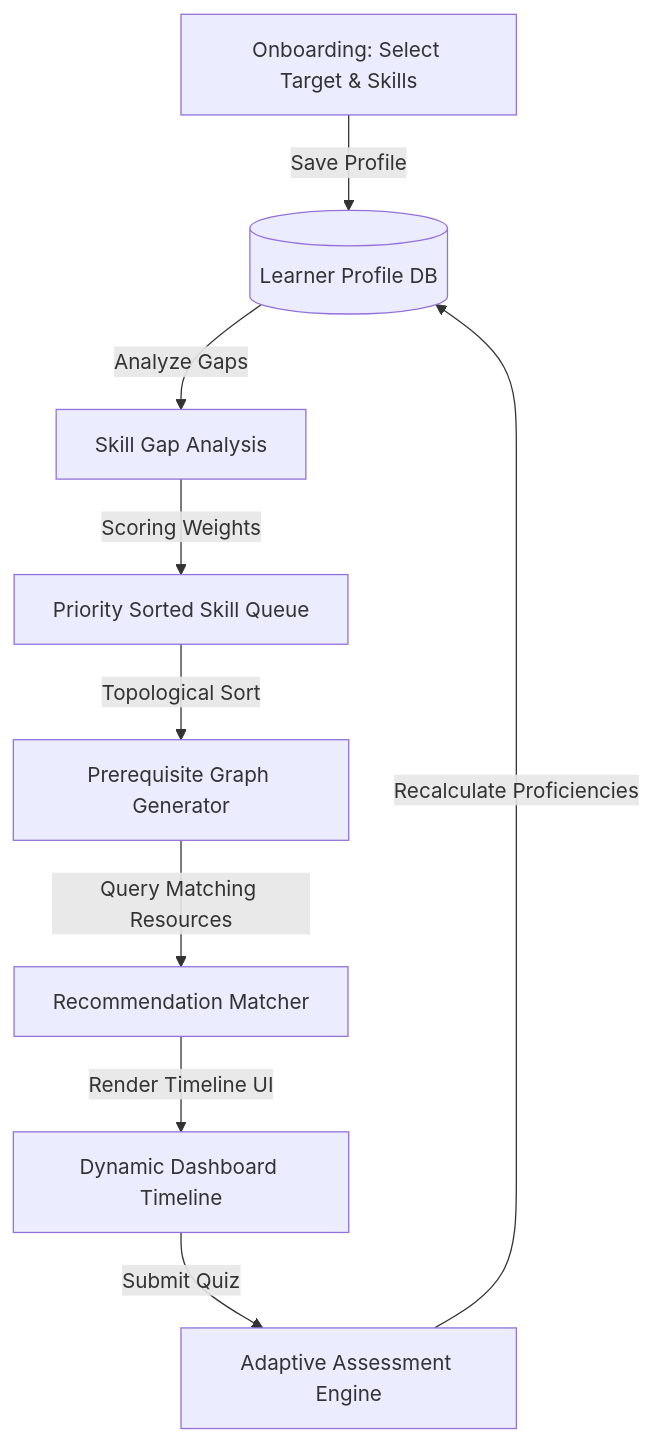
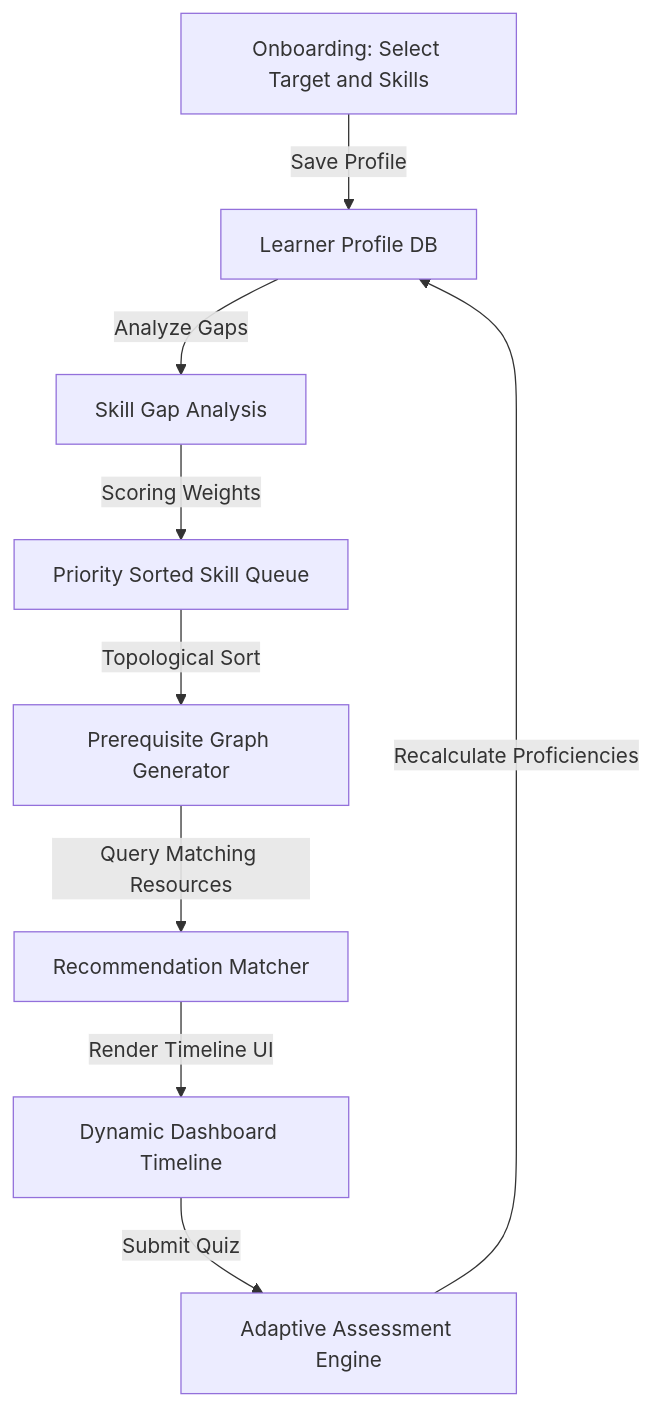
One commit to bhabana2504/PathFinder changed the second of 2 diagrams in Readme.md. Above: the diagram before and after it, drawn with Mermaid. The commit also changed other lines of this file, not shown here.

Commit message:
fix(docs): fix Mermaid reserved ampersand operator and cylinder bracket syntax for GitHub rendering

````diff
--- a/Readme.md
+++ b/Readme.md
@@ -80,11 +80,11 @@
 ```mermaid
 flowchart TD
-    Onboarding["Onboarding: Select Target & Skills"] -->|Save Profile| DB[("Learner Profile DB")]
+    Onboarding["Onboarding: Select Target and Skills"] -->|Save Profile| DB["Learner Profile DB"]
     DB -->|Analyze Gaps| Gap["Skill Gap Analysis"]
     Gap -->|Scoring Weights| Queue["Priority Sorted Skill Queue"]
     Queue -->|Topological Sort| Graph["Prerequisite Graph Generator"]
     Graph -->|Query Matching Resources| Matcher["Recommendation Matcher"]
     Matcher -->|Render Timeline UI| Dashboard["Dynamic Dashboard Timeline"]
     Dashboard -->|Submit Quiz| Assessment["Adaptive Assessment Engine"]
     Assessment -->|Recalculate Proficiencies| DB
 ```
````
